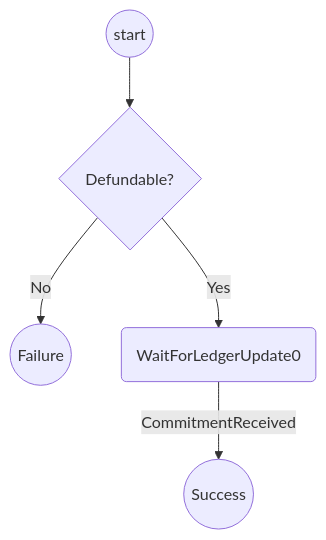
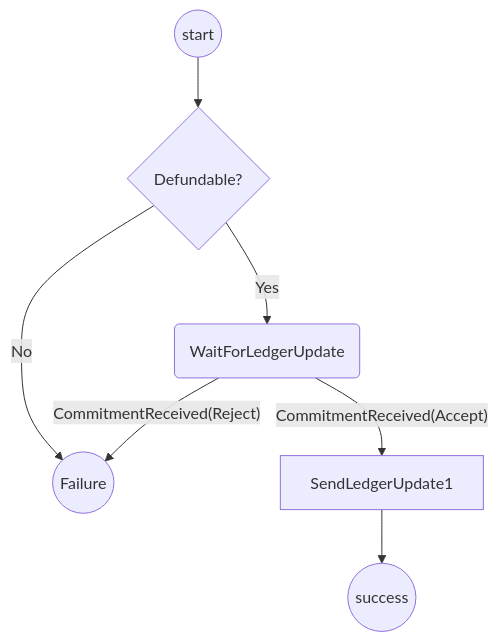
The second of 2 diagrams in packages/wallet/src/redux/protocols/indirect-defunding/readme.md (magmo/apps), drawn with Mermaid before and after one commit. The commit also changed other lines of this file, not shown here.

````diff
--- a/packages/wallet/src/redux/protocols/indirect-defunding/readme.md
+++ b/packages/wallet/src/redux/protocols/indirect-defunding/readme.md
@@ -26,7 +27,9 @@
 ```mermaid
 graph TD
   St((start))-->DF{Defundable?}
   DF --> |No| F((Failure))
-  DF --> |Yes| WFU(WaitForLedgerUpdate0)
-  WFU --> |CommitmentReceived| Su((Success))
+  DF --> |Yes| WFU(WaitForLedgerUpdate)
+  WFU-->|"CommitmentReceived(Accept)"|SC[SendLedgerUpdate1]
+SC-->S((success))
+   WFU --> |"CommitmentReceived(Reject)"| F
 ```
````
